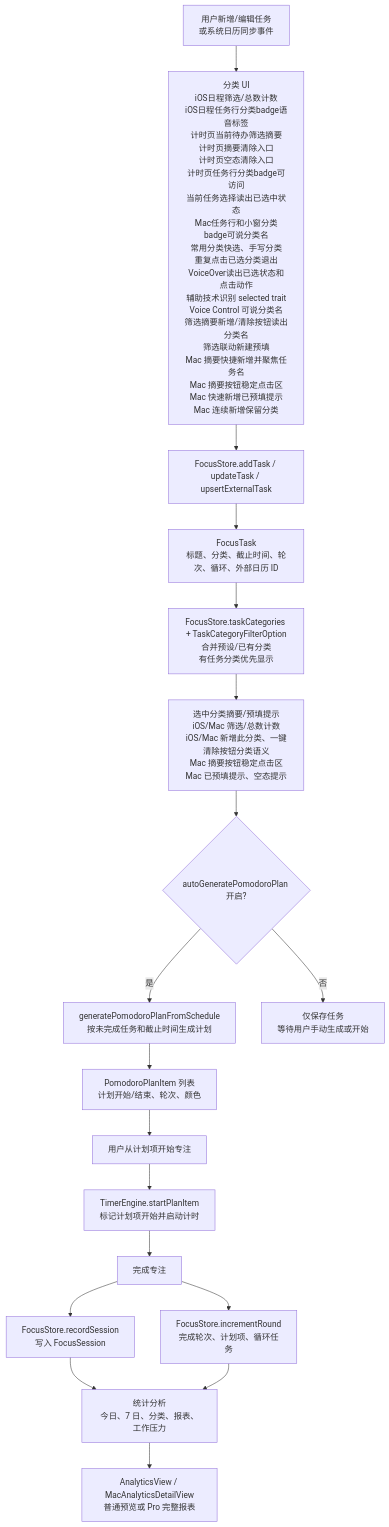
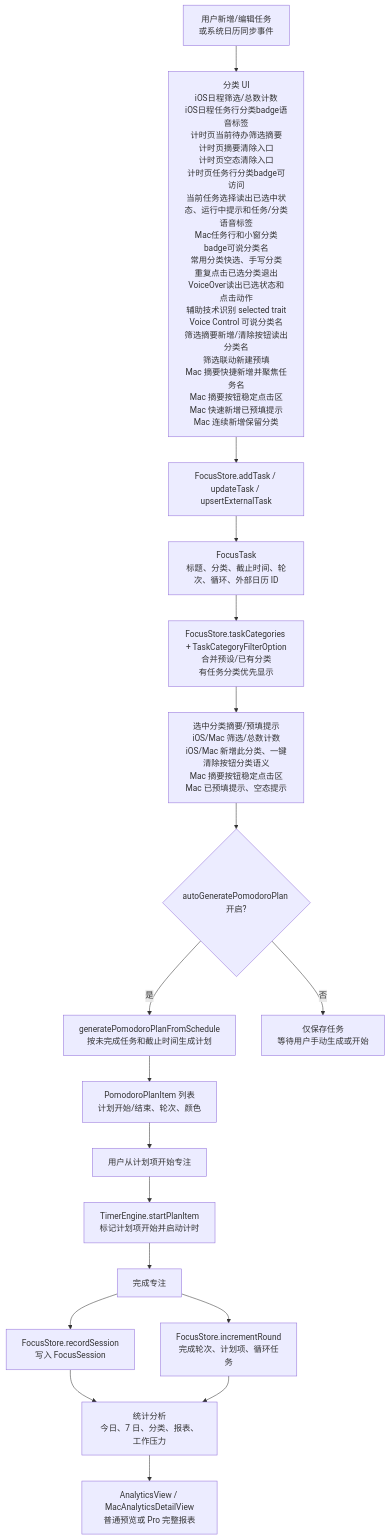
One commit to Altman-sam114/114 changed the third of 6 diagrams in md/flow/flowchart.md. Above: the diagram before and after it, drawn with Mermaid. The commit also changed other lines of this file and 9 other files, not shown here.

````diff
--- a/md/flow/flowchart.md
+++ b/md/flow/flowchart.md
@@ -63,20 +63,20 @@
 ```mermaid
 flowchart TD
-  A["用户新增/编辑任务<br/>或系统日历同步事件"] --> P0["分类 UI<br/>iOS日程筛选/总数计数<br/>iOS日程任务行分类badge语音标签<br/>计时页当前待办筛选摘要<br/>计时页摘要清除入口<br/>计时页空态清除入口<br/>计时页任务行分类badge可访问<br/>当前任务选择读出已选中状态<br/>Mac任务行和小窗分类badge可说分类名<br/>常用分类快选、手写分类<br/>重复点击已选分类退出<br/>VoiceOver读出已选状态和点击动作<br/>辅助技术识别 selected trait<br/>Voice Control 可说分类名<br/>筛选摘要新增/清除按钮读出分类名<br/>筛选联动新建预填<br/>Mac 摘要快捷新增并聚焦任务名<br/>Mac 摘要按钮稳定点击区<br/>Mac 快速新增已预填提示<br/>Mac 连续新增保留分类"]
+  A["用户新增/编辑任务<br/>或系统日历同步事件"] --> P0["分类 UI<br/>iOS日程筛选/总数计数<br/>iOS日程任务行分类badge语音标签<br/>计时页当前待办筛选摘要<br/>计时页摘要清除入口<br/>计时页空态清除入口<br/>计时页任务行分类badge可访问<br/>当前任务选择读出已选中状态、运行中提示和任务/分类语音标签<br/>Mac任务行和小窗分类badge可说分类名<br/>常用分类快选、手写分类<br/>重复点击已选分类退出<br/>VoiceOver读出已选状态和点击动作<br/>辅助技术识别 selected trait<br/>Voice Control 可说分类名<br/>筛选摘要新增/清除按钮读出分类名<br/>筛选联动新建预填<br/>Mac 摘要快捷新增并聚焦任务名<br/>Mac 摘要按钮稳定点击区<br/>Mac 快速新增已预填提示<br/>Mac 连续新增保留分类"]
   P0 --> B["FocusStore.addTask / updateTask / upsertExternalTask"]
   B --> C["FocusTask<br/>标题、分类、截止时间、轮次、循环、外部日历 ID"]
   C --> C2["FocusStore.taskCategories + TaskCategoryFilterOption<br/>合并预设/已有分类<br/>有任务分类优先显示"]
   C2 --> C3["选中分类摘要/预填提示<br/>iOS/Mac 筛选/总数计数<br/>iOS/Mac 新增此分类、一键清除按钮分类语义<br/>Mac 摘要按钮稳定点击区<br/>Mac 已预填提示、空态提示"]
   C3 --> D{"autoGeneratePomodoroPlan 开启?"}
   D -->|是| E["generatePomodoroPlanFromSchedule<br/>按未完成任务和截止时间生成计划"]
   D -->|否| F["仅保存任务<br/>等待用户手动生成或开始"]
   E --> G["PomodoroPlanItem 列表<br/>计划开始/结束、轮次、颜色"]
   G --> H["用户从计划项开始专注"]
   H --> I["TimerEngine.startPlanItem<br/>标记计划项开始并启动计时"]
   I --> J["完成专注"]
   J --> K["FocusStore.incrementRound<br/>完成轮次、计划项、循环任务"]
   J --> L["FocusStore.recordSession<br/>写入 FocusSession"]
   L --> M["统计分析<br/>今日、7 日、分类、报表、工作压力"]
   K --> M
   M --> N["AnalyticsView / MacAnalyticsDetailView<br/>普通预览或 Pro 完整报表"]
 ```
````
